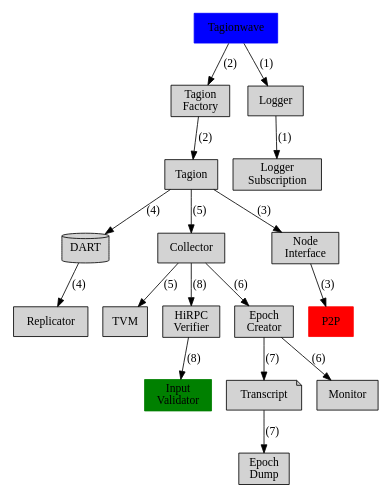
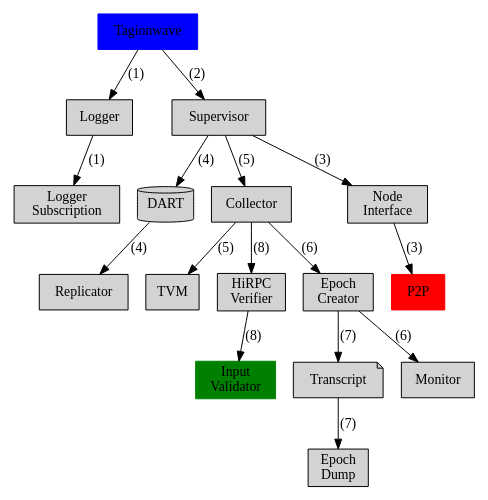
The second of 2 diagrams in documents/architecture/Network_Architecture.md (tagion/tagion), drawn with Graphviz before and after one commit. The commit also changed other lines of this file and 3 other files, not shown here.

````diff
--- a/documents/architecture/Network_Architecture.md
+++ b/documents/architecture/Network_Architecture.md
@@ -80,35 +78,32 @@
 ```graphviz
 digraph tagion_hierarchy {
     rankdir=UD;
     size="8,5"
    node [style=filled shape=rect]
    Input [href="#/documents/architecture/InputValidator.md" label="Input\nValidator" color=green ]
-   Tagion [href="#/documents/architecture/Tagion.md"]
    Tagionwave [color=blue]
-   TagionFactory [href="#/documents/architecture/Collector.md" label="Tagion\nFactory"]
    TVM [href="#/documents/architecture/TVM.md"] 
    DART [href="#/documents/architecture/DART.md" shape = cylinder]
    Replicator [href="#/documents/architecture/Replicator.md"] 
    HiRPCVerifier [href="#/documents/architecture/HiRPCVerifier.md" label="HiRPC\nVerifier"]
    Transcript [href="#/documents/architecture/Transcript.md" shape = note]
    Collector [href="#/documents/architecture/Collector.md" shape=rect]
    EpochCreator [href="#/documents/architecture/EpochCreator.md" label="Epoch\nCreator"]
    EpochDump [href="#/documents/architecture/EpochDump.md" label="Epoch\nDump"]
    NodeInterface [href="#/documents/architecture/NodeInterface.md" lshape=rect label="Node\nInterface"]
    P2P [href="#/documents/architecture/P2P.md" color=red]
    LoggerSubscription [href="#/documents/architecture/LoggerSubscription.md" label="Logger\nSubscription"]
    Logger [href="#/documents/architecture/Logger.md"] 
    Monitor [href="#/documents/architecture/Monitor.md"] 
    node [shape = rect];
 	Tagionwave -> Logger -> LoggerSubscription [label="(1)"];
-	Tagionwave -> TagionFactory [label="(2)"];
-	TagionFactory -> Tagion [label="(2)"];
-	Tagion -> NodeInterface -> P2P [label="(3)"];
-	Tagion -> DART -> Replicator [label="(4)"];
-    Tagion -> Collector -> TVM [label="(5)"];
+	Tagionwave -> Supervisor [label="(2)"];
+	Supervisor -> NodeInterface -> P2P [label="(3)"];
+	Supervisor -> DART -> Replicator [label="(4)"];
+    Supervisor -> Collector -> TVM [label="(5)"];
     Collector -> EpochCreator [label="(6)"];
 	EpochCreator -> Transcript -> EpochDump [label="(7)"];
 	EpochCreator -> Monitor [label="(6)"];
 	Collector -> HiRPCVerifier -> Input [label="(8)"];
 }
 ```
````
